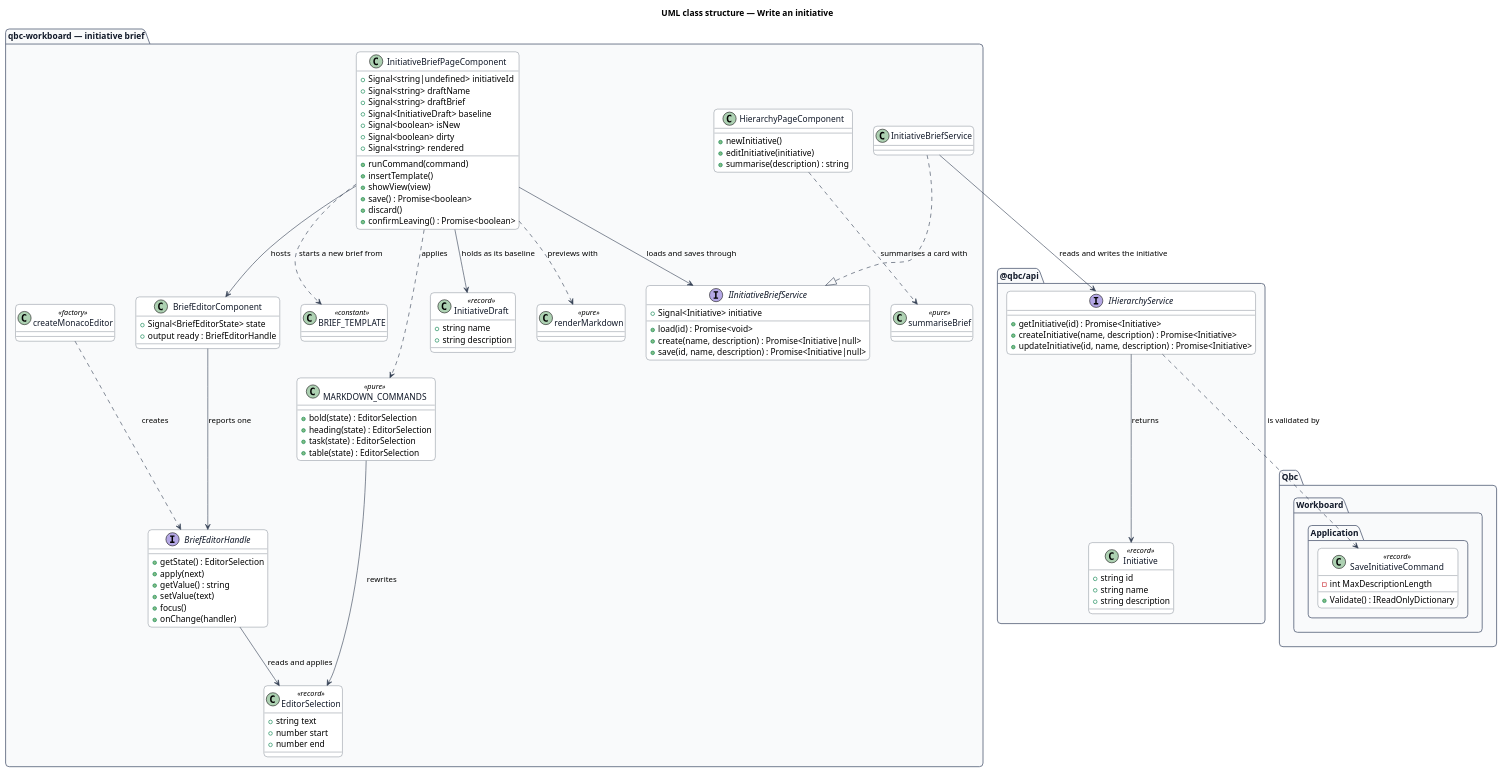
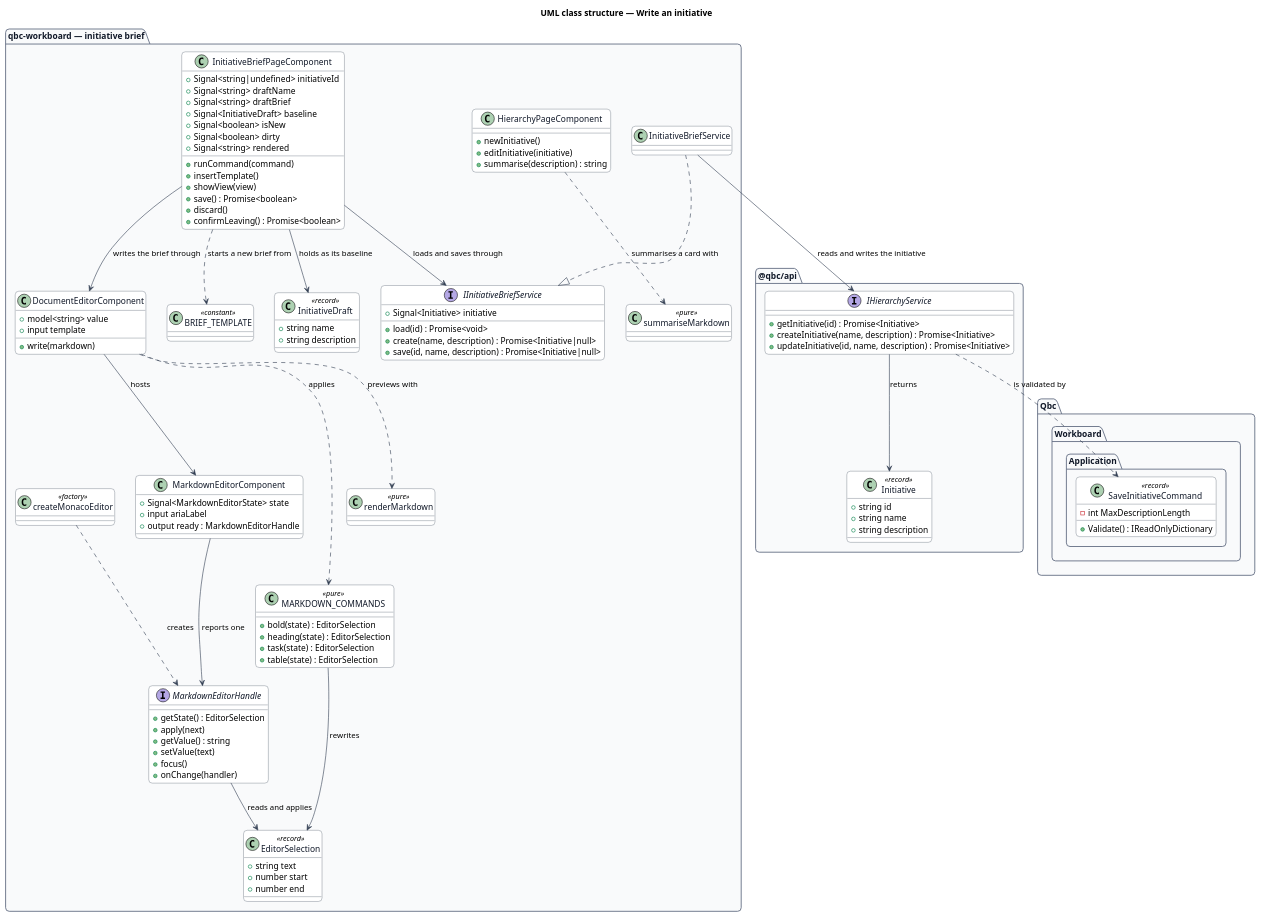
Before and after one commit to QuinntyneBrown/quinntyne-brown-consulting: the diagram in docs/detailed-designs/work-items/edit-initiative-brief/diagrams/class-structure.puml, drawn with PlantUML. The commit also changed 82 other files, not shown here.

```diff
--- a/docs/detailed-designs/work-items/edit-initiative-brief/diagrams/class-structure.puml
+++ b/docs/detailed-designs/work-items/edit-initiative-brief/diagrams/class-structure.puml
@@ -1,125 +1,133 @@
 @startuml
 title UML class structure — Write an initiative
 skinparam backgroundColor #FFFFFF
 skinparam shadowing false
 skinparam roundcorner 12
 skinparam defaultFontName Arial
 skinparam ArrowColor #344054
 skinparam class {
   BorderColor #344054
   FontColor #101828
   BackgroundColor #FFFFFF
 }
 skinparam package {
   BorderColor #667085
   FontColor #101828
   BackgroundColor #F9FAFB
 }
 
 package "qbc-workboard — initiative brief" {
   class HierarchyPageComponent {
     +newInitiative()
     +editInitiative(initiative)
     +summarise(description) : string
   }
 
   class InitiativeBriefPageComponent {
     +Signal<string|undefined> initiativeId
     +Signal<string> draftName
     +Signal<string> draftBrief
     +Signal<InitiativeDraft> baseline
     +Signal<boolean> isNew
     +Signal<boolean> dirty
     +Signal<string> rendered
     +runCommand(command)
     +insertTemplate()
     +showView(view)
     +save() : Promise<boolean>
     +discard()
     +confirmLeaving() : Promise<boolean>
   }
 
   interface IInitiativeBriefService {
     +Signal<Initiative> initiative
     +load(id) : Promise<void>
     +create(name, description) : Promise<Initiative|null>
     +save(id, name, description) : Promise<Initiative|null>
   }
 
   class InitiativeBriefService
 
-  class BriefEditorComponent {
-    +Signal<BriefEditorState> state
-    +output ready : BriefEditorHandle
+  class DocumentEditorComponent {
+    +model<string> value
+    +input template
+    +write(markdown)
   }
 
-  interface BriefEditorHandle {
+  class MarkdownEditorComponent {
+    +Signal<MarkdownEditorState> state
+    +input ariaLabel
+    +output ready : MarkdownEditorHandle
+  }
+
+  interface MarkdownEditorHandle {
     +getState() : EditorSelection
     +apply(next)
     +getValue() : string
     +setValue(text)
     +focus()
     +onChange(handler)
   }
 
   class createMonacoEditor <<factory>>
 
   class MARKDOWN_COMMANDS <<pure>> {
     +bold(state) : EditorSelection
     +heading(state) : EditorSelection
     +task(state) : EditorSelection
     +table(state) : EditorSelection
   }
 
   class renderMarkdown <<pure>>
-  class summariseBrief <<pure>>
+  class summariseMarkdown <<pure>>
   class BRIEF_TEMPLATE <<constant>>
 
   class EditorSelection <<record>> {
     +string text
     +number start
     +number end
   }
 
   class InitiativeDraft <<record>> {
     +string name
     +string description
   }
 }
 
 package "@qbc/api" {
   interface IHierarchyService {
     +getInitiative(id) : Promise<Initiative>
     +createInitiative(name, description) : Promise<Initiative>
     +updateInitiative(id, name, description) : Promise<Initiative>
   }
   class Initiative <<record>> {
     +string id
     +string name
     +string description
   }
 }
 
 package "Qbc.Workboard.Application" {
   class SaveInitiativeCommand <<record>> {
     -int MaxDescriptionLength
     +Validate() : IReadOnlyDictionary
   }
 }
 
 InitiativeBriefPageComponent --> IInitiativeBriefService : loads and saves through
 InitiativeBriefService ..|> IInitiativeBriefService
 InitiativeBriefService --> IHierarchyService : reads and writes the initiative
 IHierarchyService --> Initiative : returns
-InitiativeBriefPageComponent --> BriefEditorComponent : hosts
-BriefEditorComponent --> BriefEditorHandle : reports one
-createMonacoEditor ..> BriefEditorHandle : creates
-InitiativeBriefPageComponent ..> MARKDOWN_COMMANDS : applies
-InitiativeBriefPageComponent ..> renderMarkdown : previews with
+InitiativeBriefPageComponent --> DocumentEditorComponent : writes the brief through
+DocumentEditorComponent --> MarkdownEditorComponent : hosts
+MarkdownEditorComponent --> MarkdownEditorHandle : reports one
+createMonacoEditor ..> MarkdownEditorHandle : creates
+DocumentEditorComponent ..> MARKDOWN_COMMANDS : applies
+DocumentEditorComponent ..> renderMarkdown : previews with
 InitiativeBriefPageComponent ..> BRIEF_TEMPLATE : starts a new brief from
 InitiativeBriefPageComponent --> InitiativeDraft : holds as its baseline
-HierarchyPageComponent ..> summariseBrief : summarises a card with
+HierarchyPageComponent ..> summariseMarkdown : summarises a card with
 MARKDOWN_COMMANDS --> EditorSelection : rewrites
-BriefEditorHandle --> EditorSelection : reads and applies
+MarkdownEditorHandle --> EditorSelection : reads and applies
 IHierarchyService ..> SaveInitiativeCommand : is validated by
 @enduml
```
